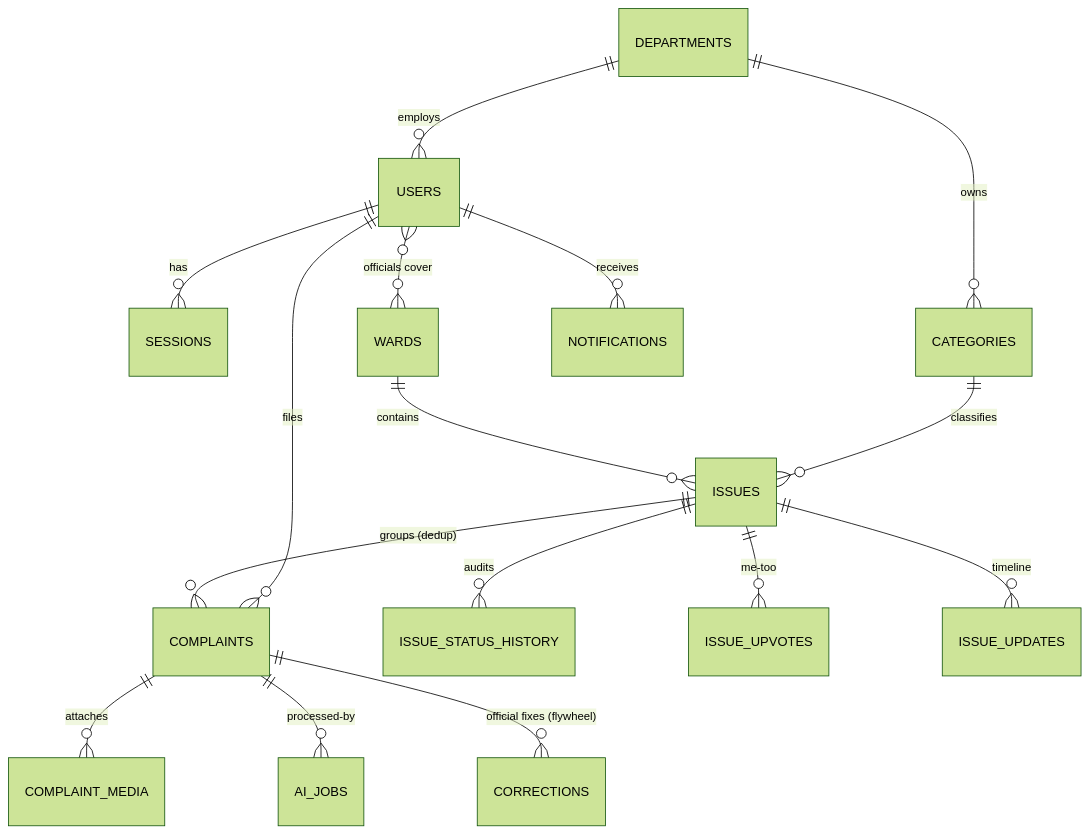
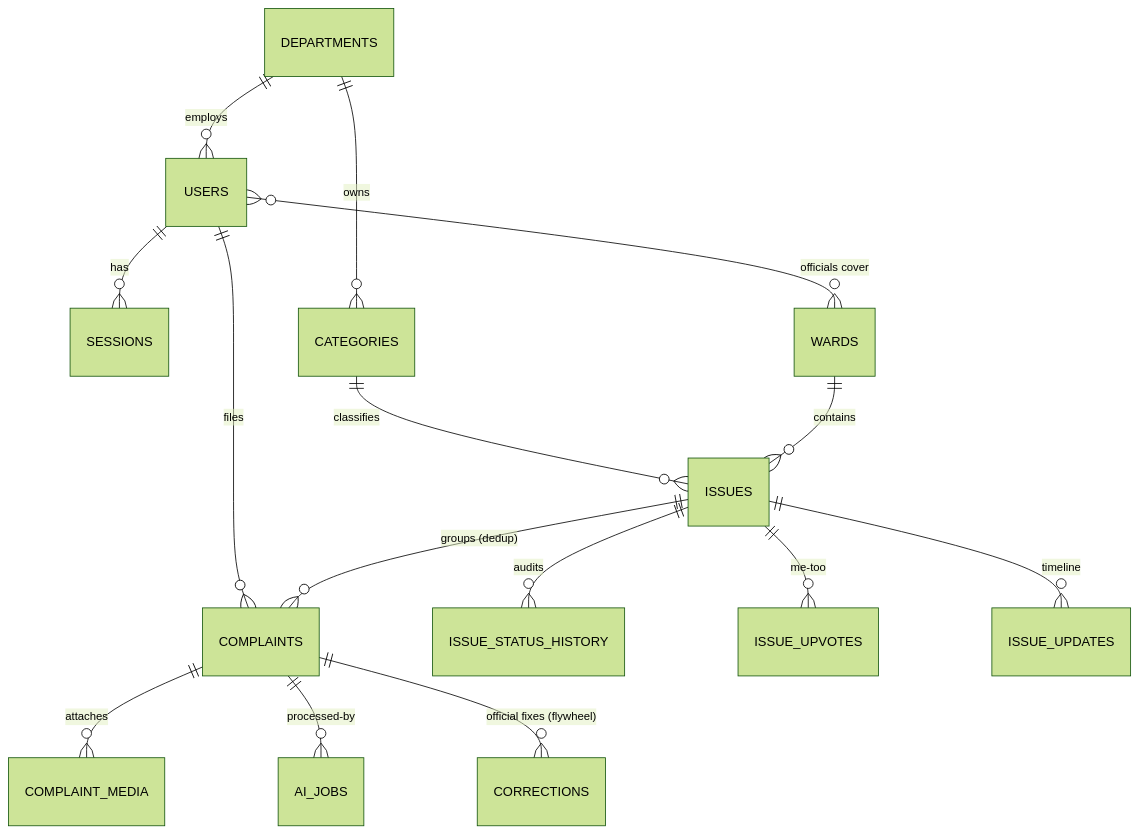
Before and after one commit to kalisingh2277/CivicPulse-AI: the diagram in docs/03-database-schema.md, drawn with Mermaid (forest theme). The commit also changed other lines of this file and 9 other files, not shown here.

````diff
--- a/docs/03-database-schema.md
+++ b/docs/03-database-schema.md
@@ -13,18 +13,17 @@
 ```mermaid
 erDiagram
     USERS ||--o{ COMPLAINTS : files
     USERS ||--o{ SESSIONS : has
     USERS }o--o{ WARDS : "officials cover"
     DEPARTMENTS ||--o{ CATEGORIES : owns
     DEPARTMENTS ||--o{ USERS : employs
     CATEGORIES ||--o{ ISSUES : classifies
     WARDS ||--o{ ISSUES : contains
     ISSUES ||--o{ COMPLAINTS : "groups (dedup)"
     ISSUES ||--o{ ISSUE_STATUS_HISTORY : audits
     ISSUES ||--o{ ISSUE_UPVOTES : "me-too"
     ISSUES ||--o{ ISSUE_UPDATES : timeline
     COMPLAINTS ||--o{ COMPLAINT_MEDIA : attaches
     COMPLAINTS ||--o{ AI_JOBS : processed-by
     COMPLAINTS ||--o{ CORRECTIONS : "official fixes (flywheel)"
-    USERS ||--o{ NOTIFICATIONS : receives
 ```
````
